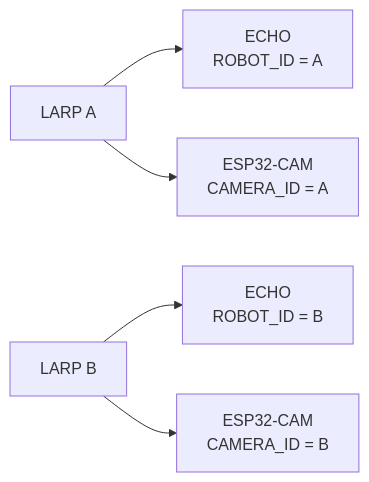
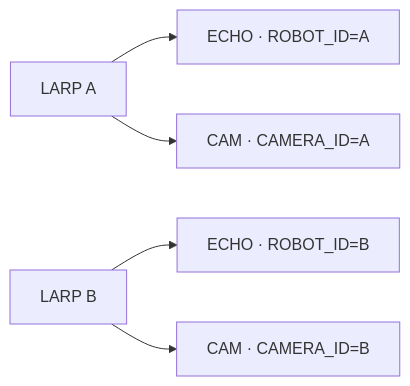
The fifth of 7 diagrams in README.md (william-thompsonthe1st/STEM-Research-Academy), drawn with Mermaid before and after one commit. The commit also changed other lines of this file, not shown here.

Commit message:
docs: add future research roadmap

````diff
--- a/README.md
+++ b/README.md
@@ -213,7 +128,7 @@
 ```mermaid
 flowchart LR
-    A["LARP A"] --> EA["ECHO\nROBOT_ID = A"]
-    A --> CA["ESP32-CAM\nCAMERA_ID = A"]
-    B["LARP B"] --> EB["ECHO\nROBOT_ID = B"]
-    B --> CB["ESP32-CAM\nCAMERA_ID = B"]
+    A["LARP A"] --> EA["ECHO · ROBOT_ID=A"]
+    A --> CA["CAM · CAMERA_ID=A"]
+    B["LARP B"] --> EB["ECHO · ROBOT_ID=B"]
+    B --> CB["CAM · CAMERA_ID=B"]
 ```
````
